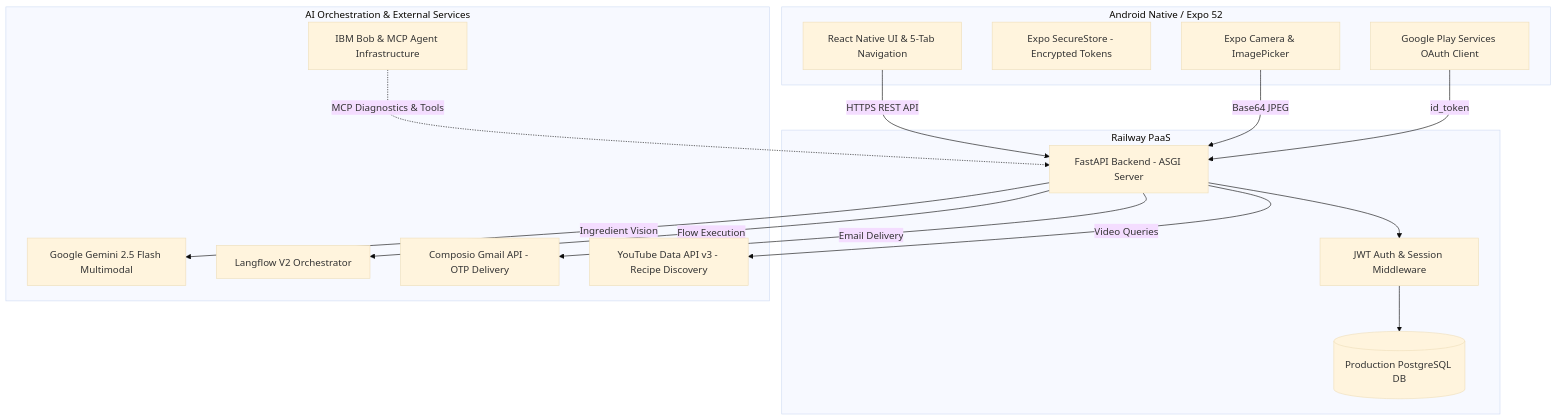
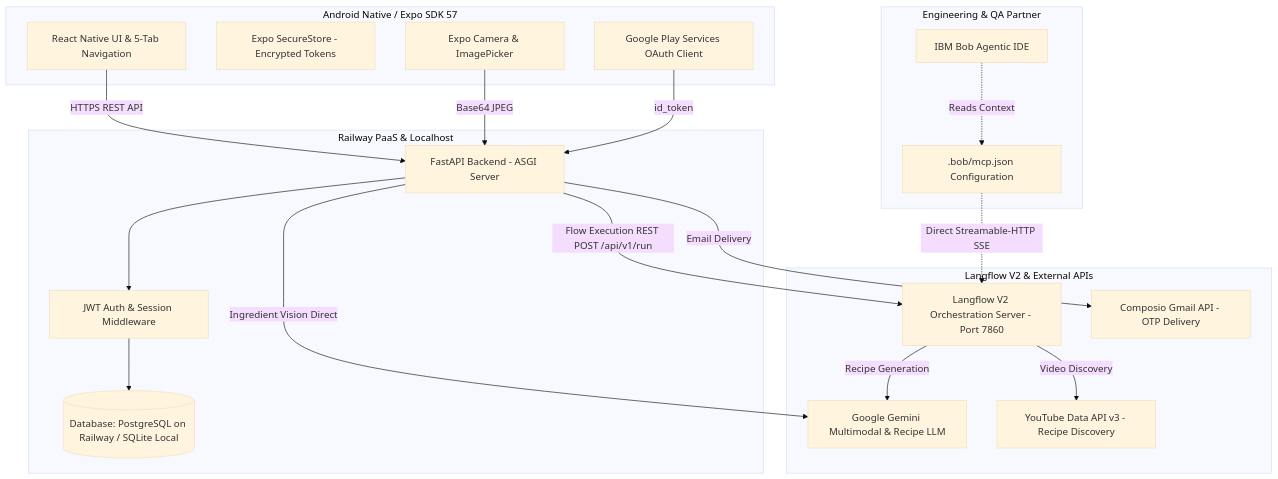
The diagram in docs/ARCHITECTURE.md (subjectcode/NomzAI), drawn with Mermaid (base theme) before and after one commit. The commit also changed other lines of this file and 28 other files, not shown here.

````diff
--- a/docs/ARCHITECTURE.md
+++ b/docs/ARCHITECTURE.md
@@ -7,34 +7,43 @@
 ```mermaid
 graph TD
-    subgraph Mobile Client [Android Native / Expo 52]
+    subgraph Mobile Client [Android Native / Expo SDK 57]
         UI[React Native UI & 5-Tab Navigation]
         SecureStore[Expo SecureStore - Encrypted Tokens]
         GoogleAuthClient[Google Play Services OAuth Client]
         CameraEngine[Expo Camera & ImagePicker]
     end
 
-    subgraph Production Cloud [Railway PaaS]
+    subgraph Production Cloud [Railway PaaS & Localhost]
         FastAPI[FastAPI Backend - ASGI Server]
         AuthMiddleware[JWT Auth & Session Middleware]
-        PostgreSQL[(Production PostgreSQL DB)]
+        DB[(Database: PostgreSQL on Railway / SQLite Local)]
     end
 
-    subgraph AI Orchestration & External Services
-        Gemini[Google Gemini 2.5 Flash Multimodal]
-        Langflow[Langflow V2 Orchestrator]
+    subgraph AI Orchestration Runtime [Langflow V2 & External APIs]
+        Langflow[Langflow V2 Orchestration Server - Port 7860]
+        Gemini[Google Gemini Multimodal & Recipe LLM]
+        YouTube[YouTube Data API v3 - Recipe Discovery]
         Composio[Composio Gmail API - OTP Delivery]
-        YouTube[YouTube Data API v3 - Recipe Discovery]
-        IBMBob[IBM Bob & MCP Agent Infrastructure]
     end
 
+    subgraph Developer Tooling [Engineering & QA Partner]
+        IBMBob[IBM Bob Agentic IDE]
+        MCPConfig[.bob/mcp.json Configuration]
+    end
+
+    %% Application Runtime Flow
     UI -->|HTTPS REST API| FastAPI
     CameraEngine -->|Base64 JPEG| FastAPI
     GoogleAuthClient -->|id_token| FastAPI
     FastAPI --> AuthMiddleware
-    AuthMiddleware --> PostgreSQL
-    FastAPI -->|Ingredient Vision| Gemini
-    FastAPI -->|Flow Execution| Langflow
+    AuthMiddleware --> DB
+    FastAPI -->|Ingredient Vision Direct| Gemini
+    FastAPI -->|Flow Execution REST POST /api/v1/run| Langflow
+    Langflow -->|Recipe Generation| Gemini
+    Langflow -->|Video Discovery| YouTube
     FastAPI -->|Email Delivery| Composio
-    FastAPI -->|Video Queries| YouTube
-    IBMBob -.->|MCP Diagnostics & Tools| FastAPI
+
+    %% Developer / MCP Integration Flow (Non-Runtime)
+    IBMBob -.->|Reads Context| MCPConfig
+    MCPConfig -.->|Direct Streamable-HTTP SSE| Langflow
 ```
````
